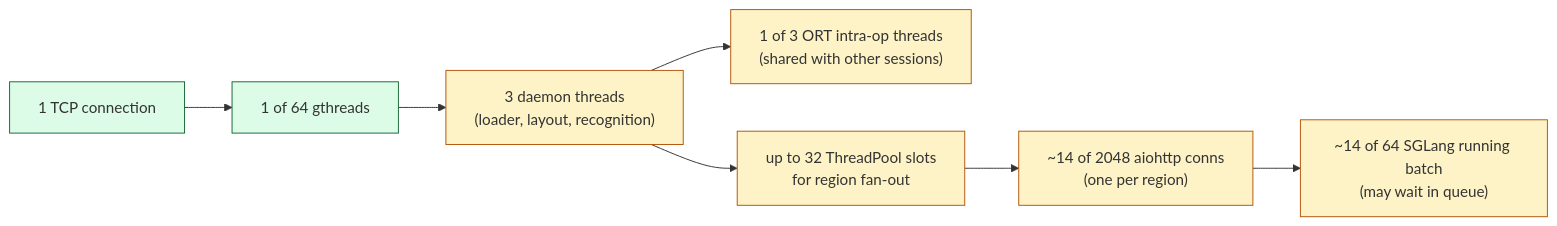
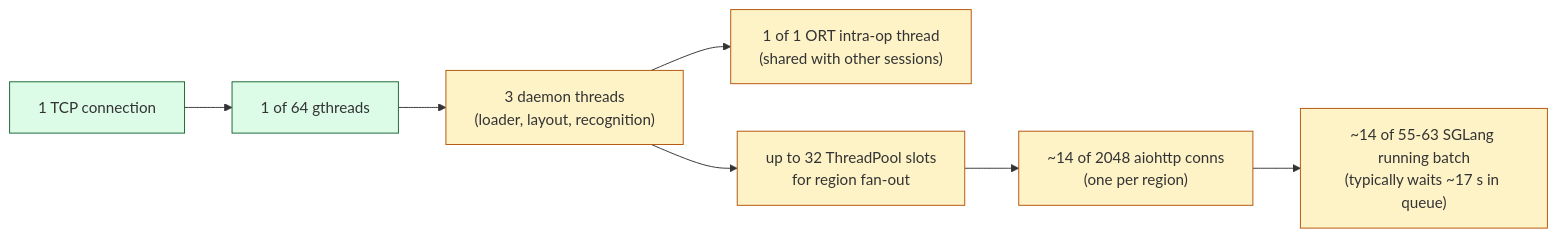
Diagram 12 of 13 in docs/ARCHITECTURE-v2.md (xDido/glm-ocr), drawn with Mermaid before and after one commit. The commit also changed other lines of this file and 37 other files, not shown here.

````diff
--- a/docs/ARCHITECTURE-v2.md
+++ b/docs/ARCHITECTURE-v2.md
@@ -743,15 +874,15 @@
 ```mermaid
 flowchart LR
     A["1 TCP connection"]
     A --> B["1 of 64 gthreads"]
     B --> C["3 daemon threads<br/>(loader, layout, recognition)"]
-    C --> D["1 of 3 ORT intra-op threads<br/>(shared with other sessions)"]
+    C --> D["1 of 1 ORT intra-op thread<br/>(shared with other sessions)"]
     C --> E["up to 32 ThreadPool slots<br/>for region fan-out"]
     E --> F["~14 of 2048 aiohttp conns<br/>(one per region)"]
-    F --> G["~14 of 64 SGLang running batch<br/>(may wait in queue)"]
+    F --> G["~14 of 55-63 SGLang running batch<br/>(typically waits ~17 s in queue)"]
 
     classDef one fill:#dcfce7,stroke:#166534
     classDef many fill:#fef3c7,stroke:#b45309
     class A,B one
     class C,D,E,F,G many
 ```
````
